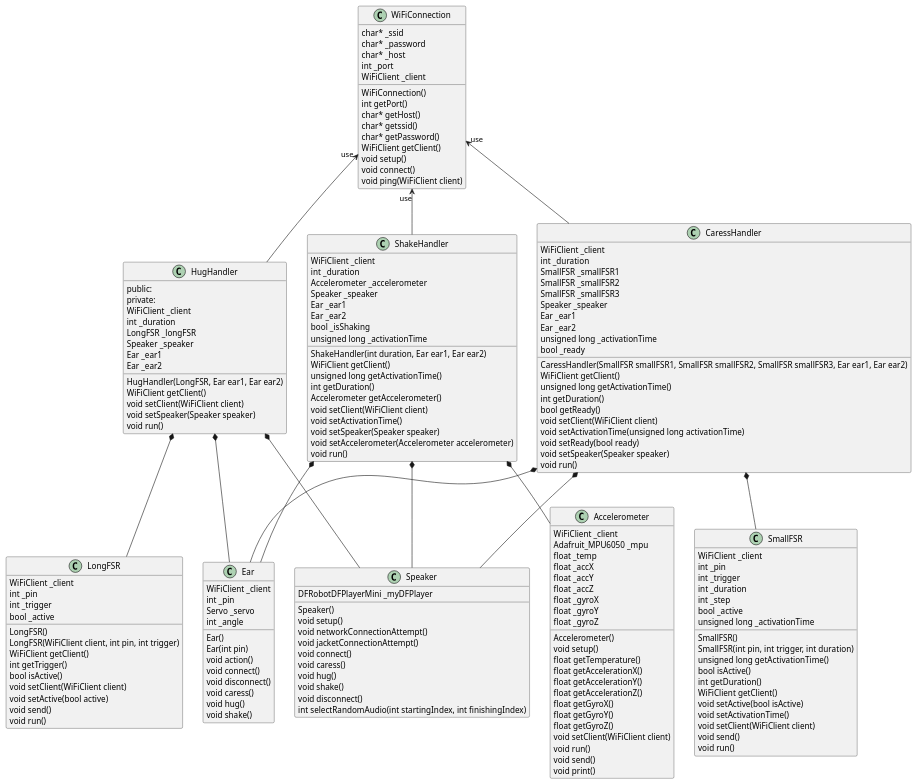
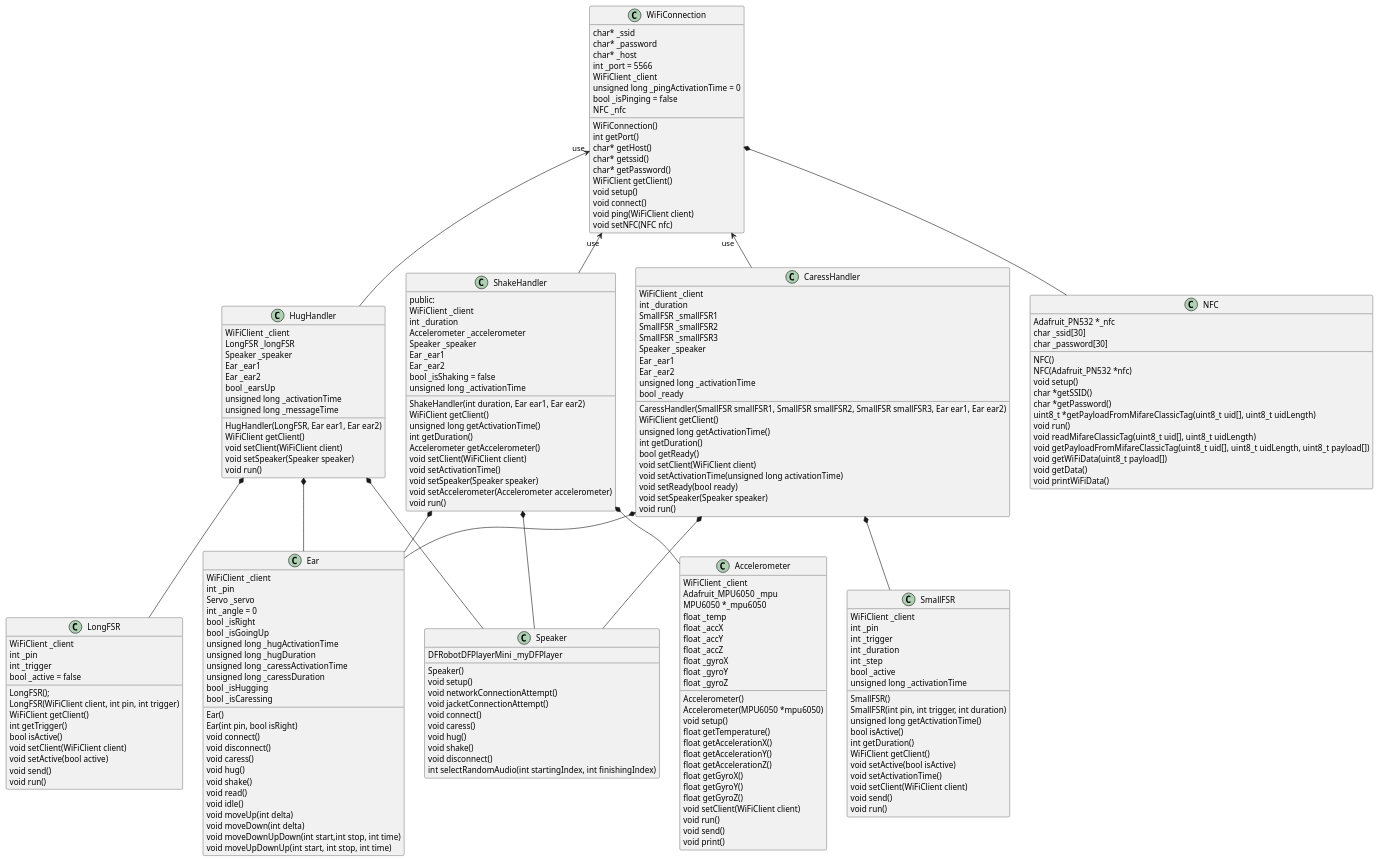
The diagram in Client/diagrams/diagram.puml (AlessandroBarbiero/P-Hug), drawn with PlantUML before and after one commit. The commit also changed 1 other file, not shown here.

Commit message:
Update diagram

```diff
--- a/Client/diagrams/diagram.puml
+++ b/Client/diagrams/diagram.puml
@@ -1,7 +1,8 @@
 @startuml
 
-class Accelerometer {
+        class Accelerometer {
             Accelerometer()
+            Accelerometer(MPU6050 *mpu6050)
             void setup()
             float getTemperature()
             float getAccelerationX()
@@ -16,6 +17,7 @@
             void print()
             WiFiClient _client
             Adafruit_MPU6050 _mpu
+            MPU6050 *_mpu6050
             float _temp
             float _accX
             float _accY
@@ -25,23 +27,76 @@
             float _gyroZ
     }
 
-class Ear {
+    class CaressHandler {
+            CaressHandler(SmallFSR smallFSR1, SmallFSR smallFSR2, SmallFSR smallFSR3, Ear ear1, Ear ear2)
+            WiFiClient getClient()
+            unsigned long getActivationTime()
+            int getDuration()
+            bool getReady()
+            void setClient(WiFiClient client)
+            void setActivationTime(unsigned long activationTime)
+            void setReady(bool ready)
+            void setSpeaker(Speaker speaker)
+            void run()
+            WiFiClient _client
+            int _duration
+            SmallFSR _smallFSR1
+            SmallFSR _smallFSR2
+            SmallFSR _smallFSR3
+            Speaker _speaker
+            Ear _ear1
+            Ear _ear2
+            unsigned long _activationTime
+            bool _ready
+            
+    }
+
+    class Ear {
             Ear()
-            Ear(int pin)
-            void action()
+            Ear(int pin, bool isRight)
             void connect()
             void disconnect()
             void caress()
             void hug()
             void shake()
+            void read()
+            void idle()
+            void moveUp(int delta)
+            void moveDown(int delta)
+            void moveDownUpDown(int start,int stop, int time)
+            void moveUpDownUp(int start, int stop, int time)
             WiFiClient _client
             int _pin
             Servo _servo
-            int _angle
+            int _angle = 0
+            bool _isRight
+            bool _isGoingUp
+            unsigned long _hugActivationTime
+            unsigned long _hugDuration
+            unsigned long _caressActivationTime
+            unsigned long _caressDuration
+            bool _isHugging
+            bool _isCaressing
+    }
+
+    class HugHandler {
+            HugHandler(LongFSR, Ear ear1, Ear ear2)
+            WiFiClient getClient()
+            void setClient(WiFiClient client)
+            void setSpeaker(Speaker speaker)
+            void run()
+            WiFiClient _client
+            LongFSR _longFSR
+            Speaker _speaker
+            Ear _ear1
+            Ear _ear2
+            bool _earsUp
+            unsigned long _activationTime
+            unsigned long _messageTime           
     }
 
     class LongFSR {
-            LongFSR()
+            LongFSR();
             LongFSR(WiFiClient client, int pin, int trigger)
             WiFiClient getClient()
             int getTrigger()
@@ -53,7 +108,47 @@
             WiFiClient _client
             int _pin
             int _trigger
-            bool _active
+            bool _active = false
+    }
+
+    class NFC{
+            NFC()
+            NFC(Adafruit_PN532 *nfc)
+            void setup()
+            char *getSSID()
+            char *getPassword()
+            uint8_t *getPayloadFromMifareClassicTag(uint8_t uid[], uint8_t uidLength)
+            void run()
+            void readMifareClassicTag(uint8_t uid[], uint8_t uidLength)
+            void getPayloadFromMifareClassicTag(uint8_t uid[], uint8_t uidLength, uint8_t payload[])
+            void getWiFiData(uint8_t payload[])
+            void getData()
+            void printWiFiData()
+            Adafruit_PN532 *_nfc
+            char _ssid[30]
+            char _password[30]
+    }
+
+    class ShakeHandler {
+        public:
+            ShakeHandler(int duration, Ear ear1, Ear ear2)
+            WiFiClient getClient()
+            unsigned long getActivationTime()
+            int getDuration()
+            Accelerometer getAccelerometer()
+            void setClient(WiFiClient client)
+            void setActivationTime()
+            void setSpeaker(Speaker speaker)
+            void setAccelerometer(Accelerometer accelerometer)
+            void run()
+            WiFiClient _client
+            int _duration
+            Accelerometer _accelerometer
+            Speaker _speaker
+            Ear _ear1
+            Ear _ear2
+            bool _isShaking = false
+            unsigned long _activationTime
     }
 
     class SmallFSR {
@@ -73,9 +168,10 @@
             int _trigger
             int _duration
             int _step
-            bool _active 
+            bool _active
             unsigned long _activationTime
     }
+
 
     class Speaker{
             Speaker()
@@ -101,74 +197,18 @@
             void setup()
             void connect()
             void ping(WiFiClient client)
-            char* _ssid 
-            char* _password 
-            char* _host 
-            int _port 
+            void setNFC(NFC nfc)
+            char* _ssid
+            char* _password
+            char* _host
+            int _port = 5566
             WiFiClient _client
-    }
-
-    class CaressHandler {
-            CaressHandler(SmallFSR smallFSR1, SmallFSR smallFSR2, SmallFSR smallFSR3, Ear ear1, Ear ear2)
-            WiFiClient getClient()
-            unsigned long getActivationTime()
-            int getDuration()
-            bool getReady()
-            void setClient(WiFiClient client)
-            void setActivationTime(unsigned long activationTime)
-            void setReady(bool ready)
-            void setSpeaker(Speaker speaker)
-            void run()
-            WiFiClient _client
-            int _duration
-            SmallFSR _smallFSR1
-            SmallFSR _smallFSR2
-            SmallFSR _smallFSR3
-            Speaker _speaker
-            Ear _ear1
-            Ear _ear2
-            unsigned long _activationTime 
-            bool _ready
-            
-    }
-
-    class HugHandler {
-        public:
-            HugHandler(LongFSR, Ear ear1, Ear ear2)
-            WiFiClient getClient()
-            void setClient(WiFiClient client)
-            void setSpeaker(Speaker speaker)
-            void run()
-        private:
-            WiFiClient _client
-            int _duration
-            LongFSR _longFSR
-            Speaker _speaker
-            Ear _ear1
-            Ear _ear2            
+            unsigned long _pingActivationTime = 0
+            bool _isPinging = false
+            NFC _nfc
     }
 
 
-    class ShakeHandler {
-            ShakeHandler(int duration, Ear ear1, Ear ear2)
-            WiFiClient getClient()
-            unsigned long getActivationTime()
-            int getDuration()
-            Accelerometer getAccelerometer()
-            void setClient(WiFiClient client)
-            void setActivationTime()
-            void setSpeaker(Speaker speaker)
-            void setAccelerometer(Accelerometer accelerometer)
-            void run()
-            WiFiClient _client
-            int _duration
-            Accelerometer _accelerometer
-            Speaker _speaker
-            Ear _ear1
-            Ear _ear2
-            bool _isShaking 
-            unsigned long _activationTime
-    }
 
     ShakeHandler -u-> "use" WiFiConnection
     CaressHandler -u-> "use" WiFiConnection
@@ -186,4 +226,6 @@
     HugHandler *-- Ear
     HugHandler *-- LongFSR
 
+    WiFiConnection *-- NFC
+
 @enduml
```
